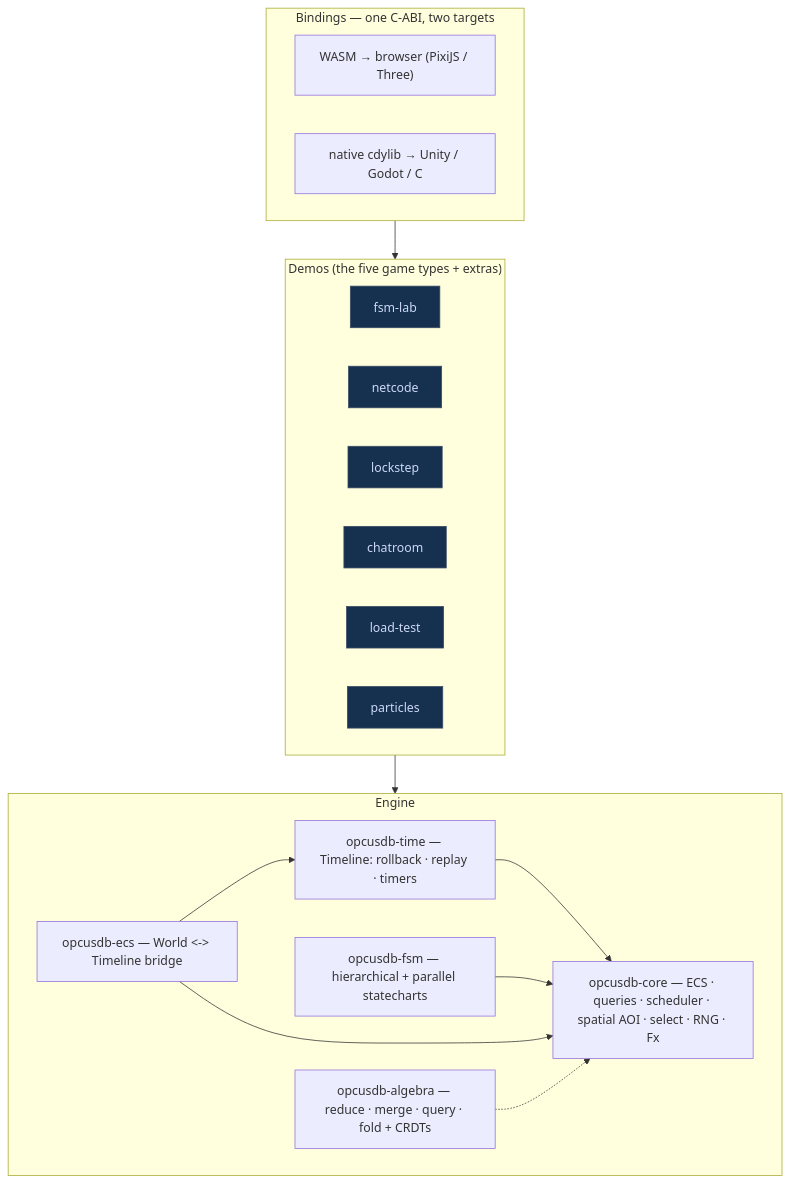
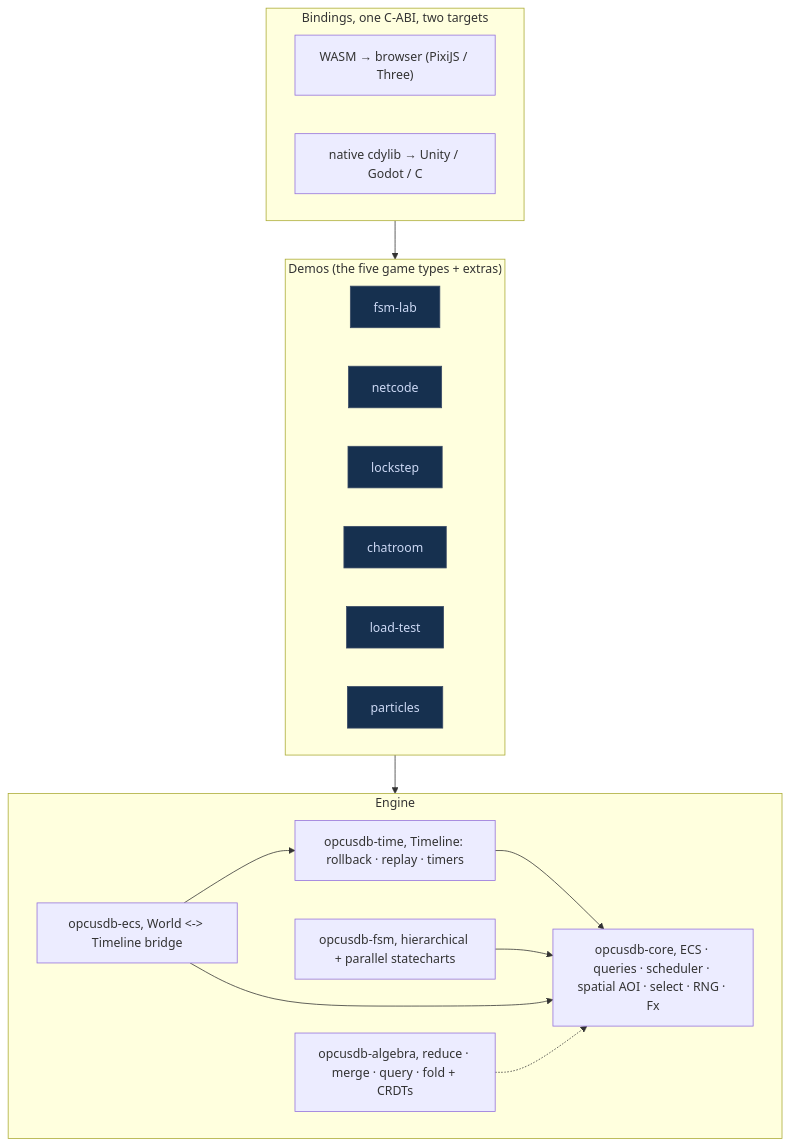
Before and after one commit to vcup-date/opcusdb: the diagram in assets/diagrams/arch.mmd, drawn with Mermaid. The commit also changed 95 other files, not shown here.

```diff
--- a/assets/diagrams/arch.mmd
+++ b/assets/diagrams/arch.mmd
@@ -1,26 +1,26 @@
 flowchart TB
-    subgraph bind["Bindings — one C-ABI, two targets"]
+    subgraph bind["Bindings, one C-ABI, two targets"]
         wasm["WASM → browser (PixiJS / Three)"]
         native["native cdylib → Unity / Godot / C"]
     end
     subgraph demos["Demos (the five game types + extras)"]
         d1["fsm-lab"]:::d
         d2["netcode"]:::d
         d3["lockstep"]:::d
         d4["chatroom"]:::d
         d5["load-test"]:::d
         d6["particles"]:::d
     end
     subgraph engine["Engine"]
-        time["opcusdb-time — Timeline: rollback · replay · timers"]
-        fsm["opcusdb-fsm — hierarchical + parallel statecharts"]
-        algebra["opcusdb-algebra — reduce · merge · query · fold + CRDTs"]
-        ecs["opcusdb-ecs — World &lt;-&gt; Timeline bridge"]
-        core["opcusdb-core — ECS · queries · scheduler · spatial AOI · select · RNG · Fx"]
+        time["opcusdb-time, Timeline: rollback · replay · timers"]
+        fsm["opcusdb-fsm, hierarchical + parallel statecharts"]
+        algebra["opcusdb-algebra, reduce · merge · query · fold + CRDTs"]
+        ecs["opcusdb-ecs, World &lt;-&gt; Timeline bridge"]
+        core["opcusdb-core, ECS · queries · scheduler · spatial AOI · select · RNG · Fx"]
     end
     bind --> demos --> engine
     time --> core
     fsm --> core
     ecs --> core & time
     algebra -.-> core
     classDef d fill:#16304f,stroke:#3a4a66,color:#cdd9f5;
```
